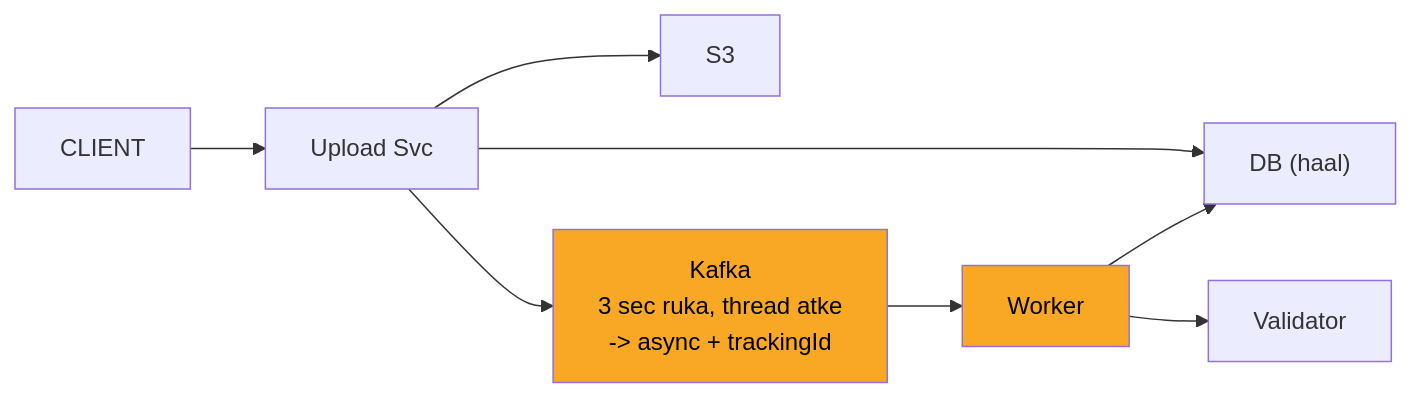
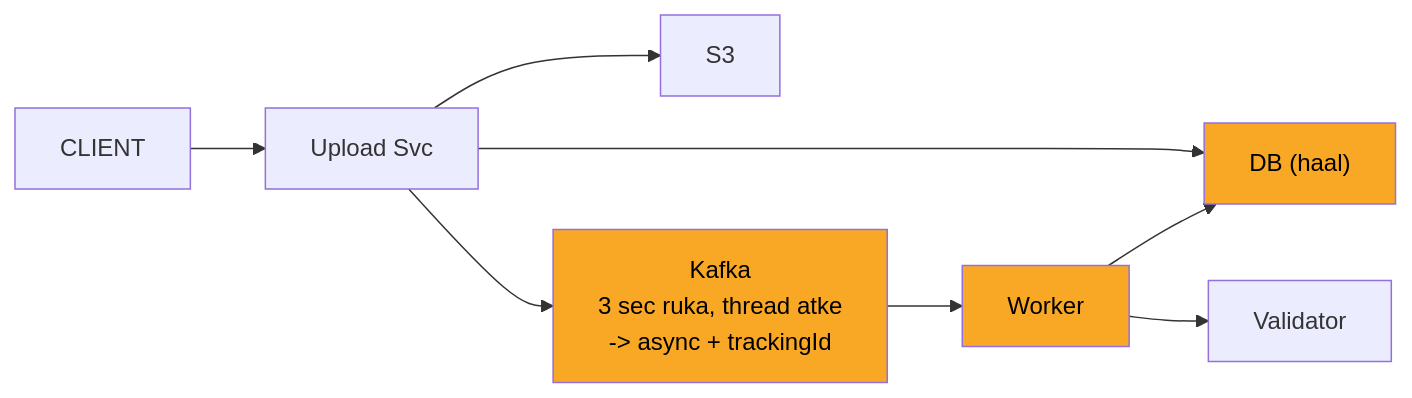
One commit to ArpanMaheshwari144/Prep changed the second of 11 diagrams in 04_HLD/SYSTEM_DESIGNS/07_file_upload_validate_system/07_file_upload_INTERVIEW.md. Above: the diagram before and after it, drawn with Mermaid. The commit also changed other lines of this file, not shown here.

````diff
--- a/04_HLD/SYSTEM_DESIGNS/07_file_upload_validate_system/07_file_upload_INTERVIEW.md
+++ b/04_HLD/SYSTEM_DESIGNS/07_file_upload_validate_system/07_file_upload_INTERVIEW.md
@@ -83,19 +83,20 @@
 ```mermaid
 flowchart LR
     n_CLIENT["CLIENT"]
     n_Upload_Svc["Upload Svc"]
     n_DB["DB (haal)"]
     n_S3["S3"]
     n_Kafka["Kafka<br/>3 sec ruka, thread atke<br/>-> async + trackingId"]
     n_Worker["Worker"]
     n_Validator["Validator"]
     n_CLIENT --> n_Upload_Svc
     n_Upload_Svc --> n_DB
     n_Upload_Svc --> n_S3
     n_Upload_Svc --> n_Kafka
     n_Kafka --> n_Worker
     n_Worker --> n_Validator
     n_Worker --> n_DB
     style n_Kafka fill:#f9a825,color:#000
     style n_Worker fill:#f9a825,color:#000
+    style n_DB fill:#f9a825,color:#000
 ```
````
